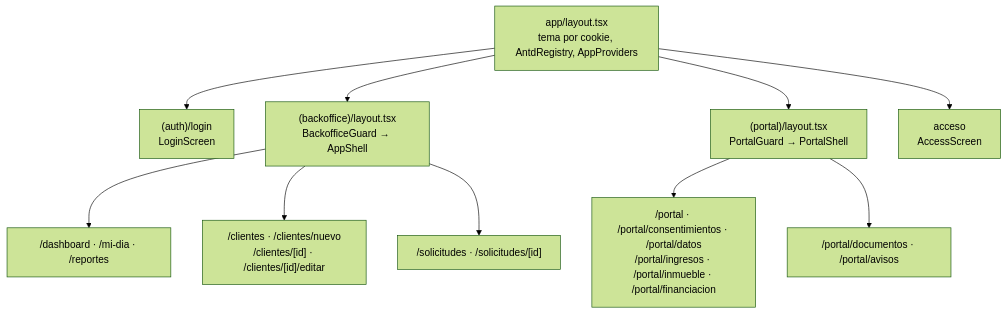
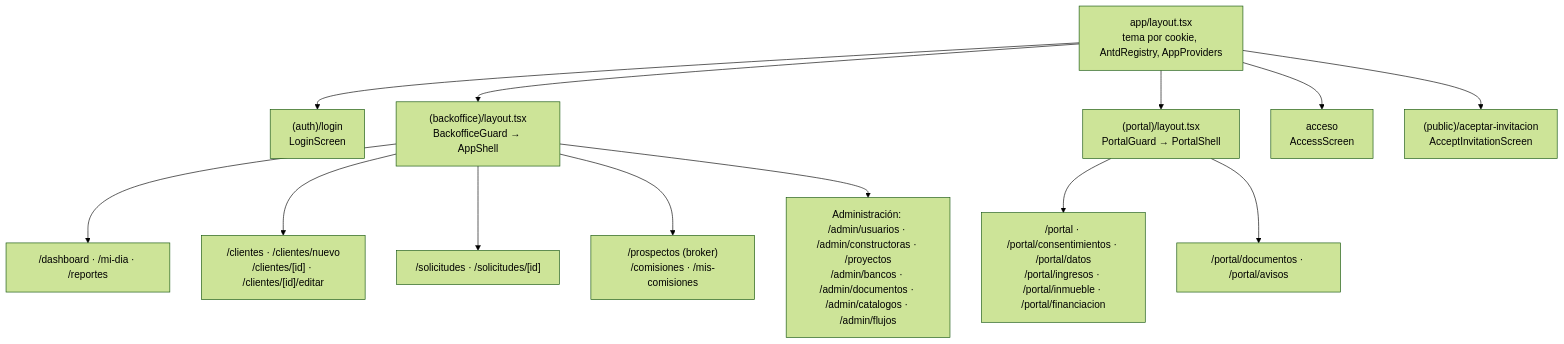
Before and after one commit to CarlosDev88/real-estate-credit-backoffice: the first of 2 diagrams in docs/guia/08-frontend.md, drawn with Mermaid (forest theme). The commit also changed other lines of this file and 21 other files, not shown here.

````diff
--- a/docs/guia/08-frontend.md
+++ b/docs/guia/08-frontend.md
@@ -45,13 +46,16 @@
 ```mermaid
 flowchart TB
     root["app/layout.tsx<br/>tema por cookie, AntdRegistry, AppProviders"]
     root --> login["(auth)/login<br/>LoginScreen"]
     root --> bo["(backoffice)/layout.tsx<br/>BackofficeGuard → AppShell"]
     root --> portal["(portal)/layout.tsx<br/>PortalGuard → PortalShell"]
     root --> acceso["acceso<br/>AccessScreen"]
+    root --> publica["(public)/aceptar-invitacion<br/>AcceptInvitationScreen"]
     bo --> bo1["/dashboard · /mi-dia · /reportes"]
     bo --> bo2["/clientes · /clientes/nuevo<br/>/clientes/[id] · /clientes/[id]/editar"]
     bo --> bo3["/solicitudes · /solicitudes/[id]"]
+    bo --> bo5["/prospectos (broker)<br/>/comisiones · /mis-comisiones"]
+    bo --> bo4["Administración: /admin/usuarios · /admin/constructoras · /proyectos<br/>/admin/bancos · /admin/documentos · /admin/catalogos · /admin/flujos"]
     portal --> p1["/portal · /portal/consentimientos · /portal/datos<br/>/portal/ingresos · /portal/inmueble · /portal/financiacion"]
     portal --> p2["/portal/documentos · /portal/avisos"]
 ```
````
